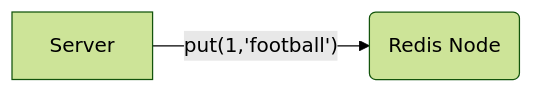
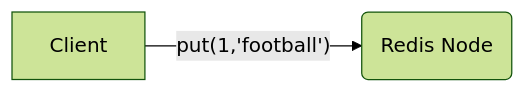
Before and after one commit to udaykirankavaturu/system-design: the first of 14 diagrams in designs/redis/design.md, drawn with Mermaid. The commit also changed other lines of this file and 1 other file, not shown here.

````diff
--- a/designs/redis/design.md
+++ b/designs/redis/design.md
@@ -34,5 +34,5 @@
 ```mermaid
 %%{init: {'theme': 'forest'}}%%
 flowchart LR
-    A[Server] -->|"put(1,'football')"| B(Redis Node)
+    A[Client] -->|"put(1,'football')"| B(Redis Node)
 ```
````
